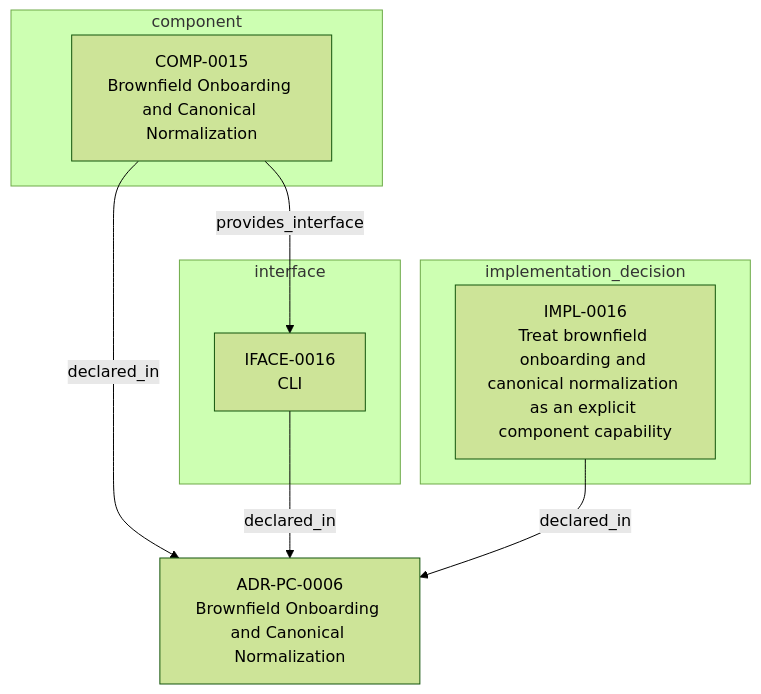
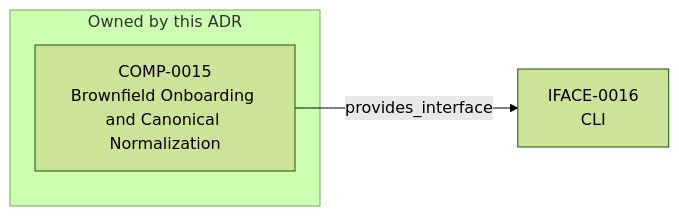
One commit to egallmann/adr-architecture-kit changed the diagram in adrs/adr-projection/physical-component/ADR-PC-0006-brownfield-onboarding-and-canonical-normalization.md. Above: the diagram before and after it, drawn with Mermaid (forest theme). The commit also changed other lines of this file and 37 other files, not shown here.

````diff
--- a/adrs/adr-projection/physical-component/ADR-PC-0006-brownfield-onboarding-and-canonical-normalization.md
+++ b/adrs/adr-projection/physical-component/ADR-PC-0006-brownfield-onboarding-and-canonical-normalization.md
@@ -126,17 +69,8 @@
 ```mermaid
-flowchart TB
-  n_019fee89_e618_7787_b43f_a3e5cb264dd5["ADR-PC-0006<br/>Brownfield Onboarding and Canonical Normalization"]
-  subgraph sg_component["component"]
+flowchart LR
+  subgraph subject["Owned by this ADR"]
     n_019fee89_e618_7507_953e_19e6335e3b7a["COMP-0015<br/>Brownfield Onboarding and Canonical Normalization"]
   end
-  subgraph sg_interface["interface"]
-    n_019fee89_e618_7ad6_903b_955fab187e68["IFACE-0016<br/>CLI"]
-  end
-  subgraph sg_implementation_decision["implementation_decision"]
-    n_019fee89_e618_7b21_ab3d_aaccdca13bfb["IMPL-0016<br/>Treat brownfield onboarding and canonical normalization as an explicit component capability"]
-  end
-  n_019fee89_e618_7507_953e_19e6335e3b7a -->|"declared_in"| n_019fee89_e618_7787_b43f_a3e5cb264dd5
-  n_019fee89_e618_7ad6_903b_955fab187e68 -->|"declared_in"| n_019fee89_e618_7787_b43f_a3e5cb264dd5
-  n_019fee89_e618_7b21_ab3d_aaccdca13bfb -->|"declared_in"| n_019fee89_e618_7787_b43f_a3e5cb264dd5
+  n_019fee89_e618_7ad6_903b_955fab187e68["IFACE-0016<br/>CLI"]
   n_019fee89_e618_7507_953e_19e6335e3b7a -->|"provides_interface"| n_019fee89_e618_7ad6_903b_955fab187e68
 ```
````
